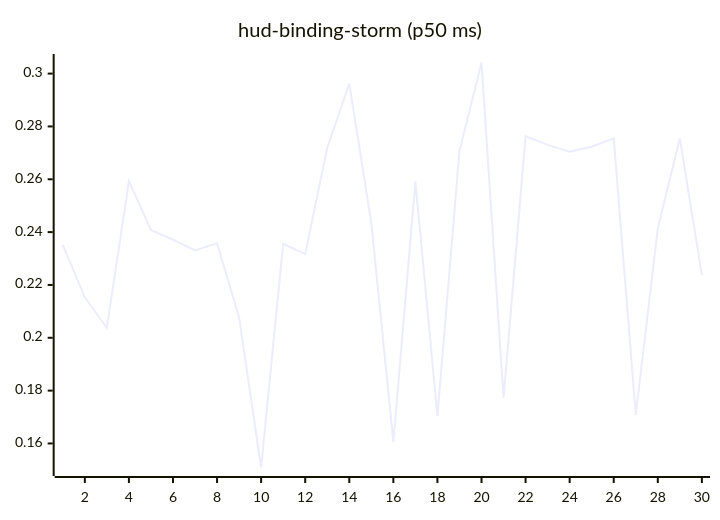
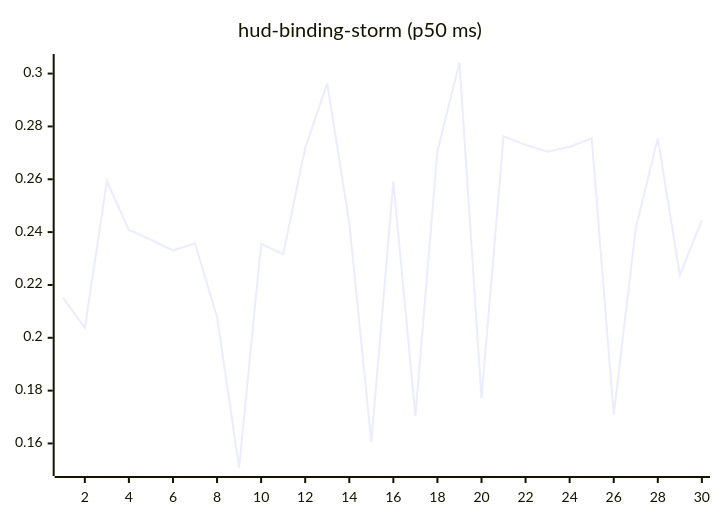
The tenth of 27 diagrams in README.md (josha/Facet), drawn with Mermaid before and after one commit. The commit also changed other lines of this file and 2 other files, not shown here.

````diff
--- a/README.md
+++ b/README.md
@@ -126,6 +126,6 @@
 ```mermaid
 xychart-beta
     title "hud-binding-storm (p50 ms)"
     x-axis 1 --> 30
-    line [0.2352, 0.2153, 0.2037, 0.2593, 0.2408, 0.2371, 0.2331, 0.2358, 0.2077, 0.1509, 0.2356, 0.2317, 0.2719, 0.2962, 0.2435, 0.1605, 0.2591, 0.1704, 0.2707, 0.3042, 0.1772, 0.2763, 0.2730, 0.2704, 0.2723, 0.2755, 0.1708, 0.2414, 0.2755, 0.2237]
+    line [0.2153, 0.2037, 0.2593, 0.2408, 0.2371, 0.2331, 0.2358, 0.2077, 0.1509, 0.2356, 0.2317, 0.2719, 0.2962, 0.2435, 0.1605, 0.2591, 0.1704, 0.2707, 0.3042, 0.1772, 0.2763, 0.2730, 0.2704, 0.2723, 0.2755, 0.1708, 0.2414, 0.2755, 0.2237, 0.2445]
 ```
````
